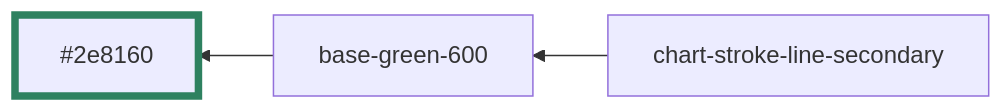
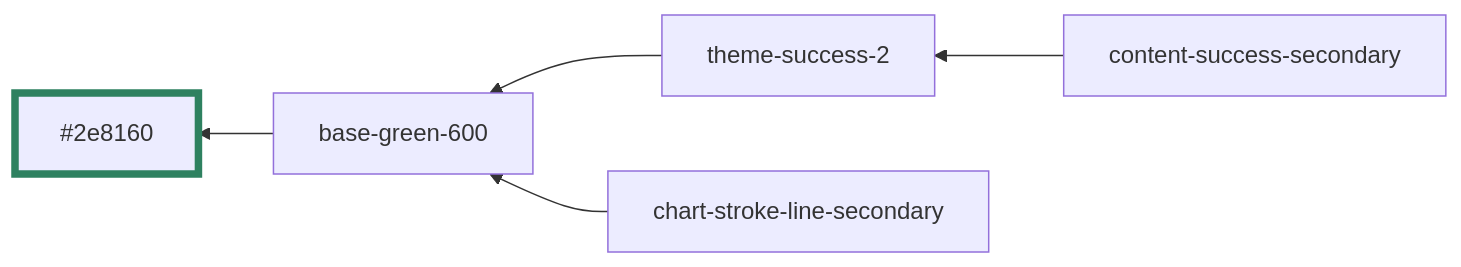
Before and after one commit to oxidecomputer/console: the second of 29 diagrams in libs/ui/styles/themes/operator-mode.md, drawn with Mermaid. The commit also changed other lines of this file and 4 other files, not shown here.

````diff
--- a/libs/ui/styles/themes/operator-mode.md
+++ b/libs/ui/styles/themes/operator-mode.md
@@ -16,7 +20,9 @@
 ```mermaid
 graph RL
   base-green-600 --> #2e8160:::base-green-600
+  theme-success-2 --> base-green-600
   chart-stroke-line-secondary --> base-green-600
+  content-success-secondary --> theme-success-2
 
   classDef base-green-600 stroke-width:5,stroke:#2e8160
 ```
````
